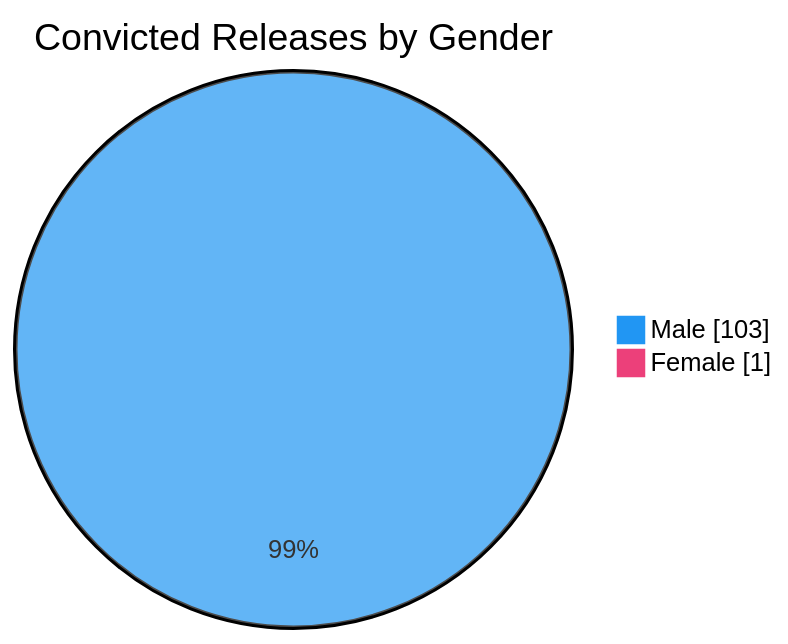
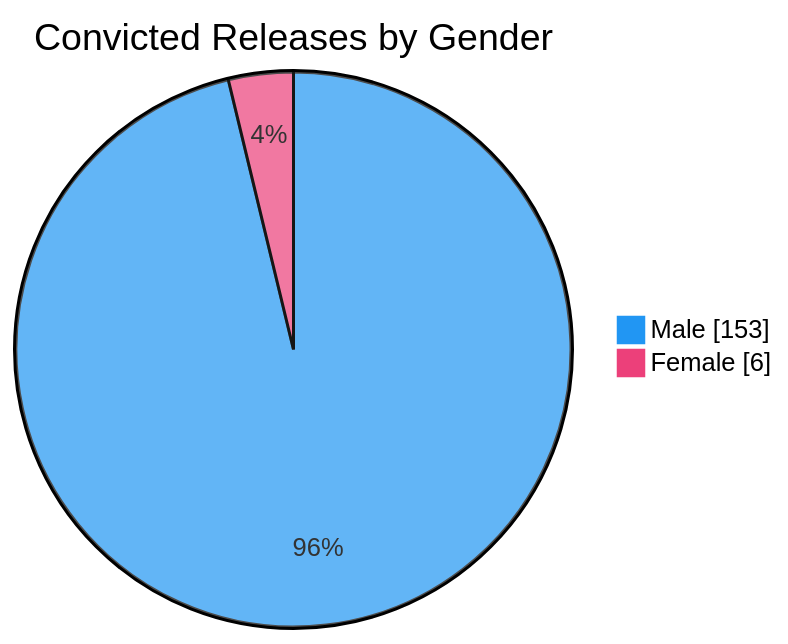
One commit to nuuuwan/lk_prisons changed the sixth of 7 diagrams in README.md. Above: the diagram before and after it, drawn with Mermaid. The commit also changed other lines of this file and 1 other file, not shown here.

````diff
--- a/README.md
+++ b/README.md
@@ -98,6 +98,6 @@
 ```mermaid
 %%{init: {'themeVariables': {'pie1': '#2196F3', 'pie2': '#EC407A'}}}%%
 pie showData title Convicted Releases by Gender
-    "Male" : 103
-    "Female" : 1
+    "Male" : 153
+    "Female" : 6
 ```
````
